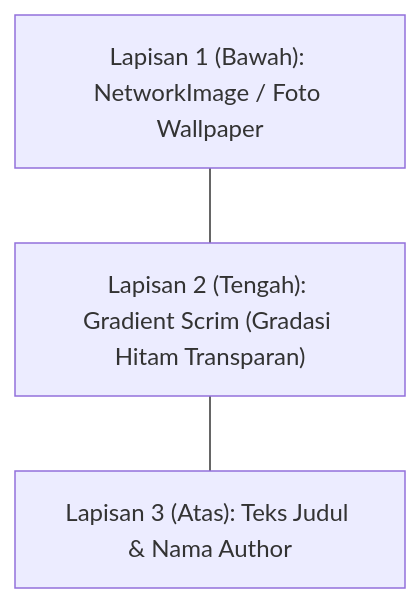
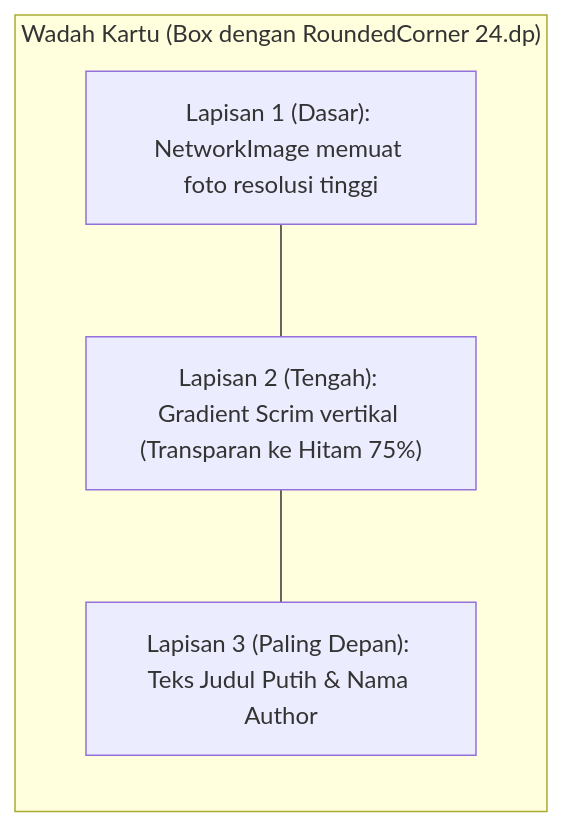
Before and after one commit to gdgocwidyatama/Doc-MobileDev: the fourth of 4 diagrams in src/content/docs/sesi-2.md, drawn with Mermaid. The commit also changed other lines of this file, not shown here.

````diff
--- a/src/content/docs/sesi-2.md
+++ b/src/content/docs/sesi-2.md
@@ -78,7 +206,10 @@
 ```mermaid
 flowchart TD
-    L1["Lapisan 1 (Bawah): NetworkImage / Foto Wallpaper"]
-    L2["Lapisan 2 (Tengah): Gradient Scrim (Gradasi Hitam Transparan)"]
-    L3["Lapisan 3 (Atas): Teks Judul & Nama Author"]
+    subgraph StackingBox["Wadah Kartu (Box dengan RoundedCorner 24.dp)"]
+        direction TB
+        L1["Lapisan 1 (Dasar): NetworkImage memuat foto resolusi tinggi"]
+        L2["Lapisan 2 (Tengah): Gradient Scrim vertikal (Transparan ke Hitam 75%)"]
+        L3["Lapisan 3 (Paling Depan): Teks Judul Putih & Nama Author"]
+    end
     L1 --- L2 --- L3
 ```
````
